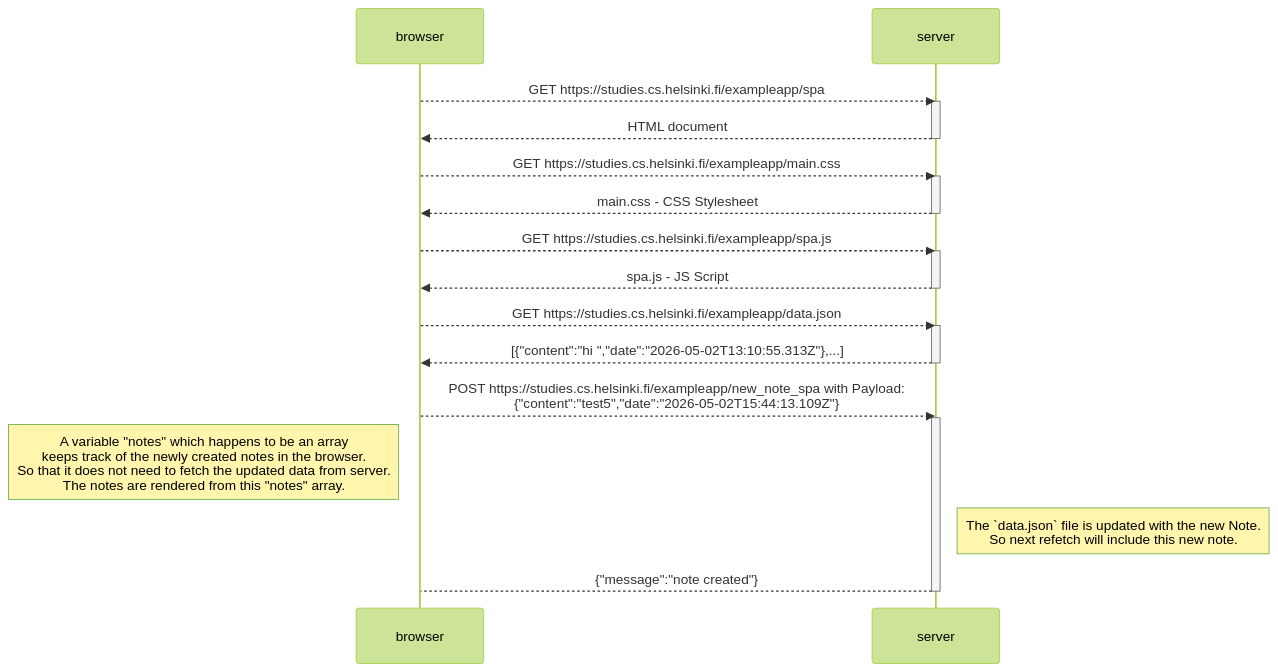
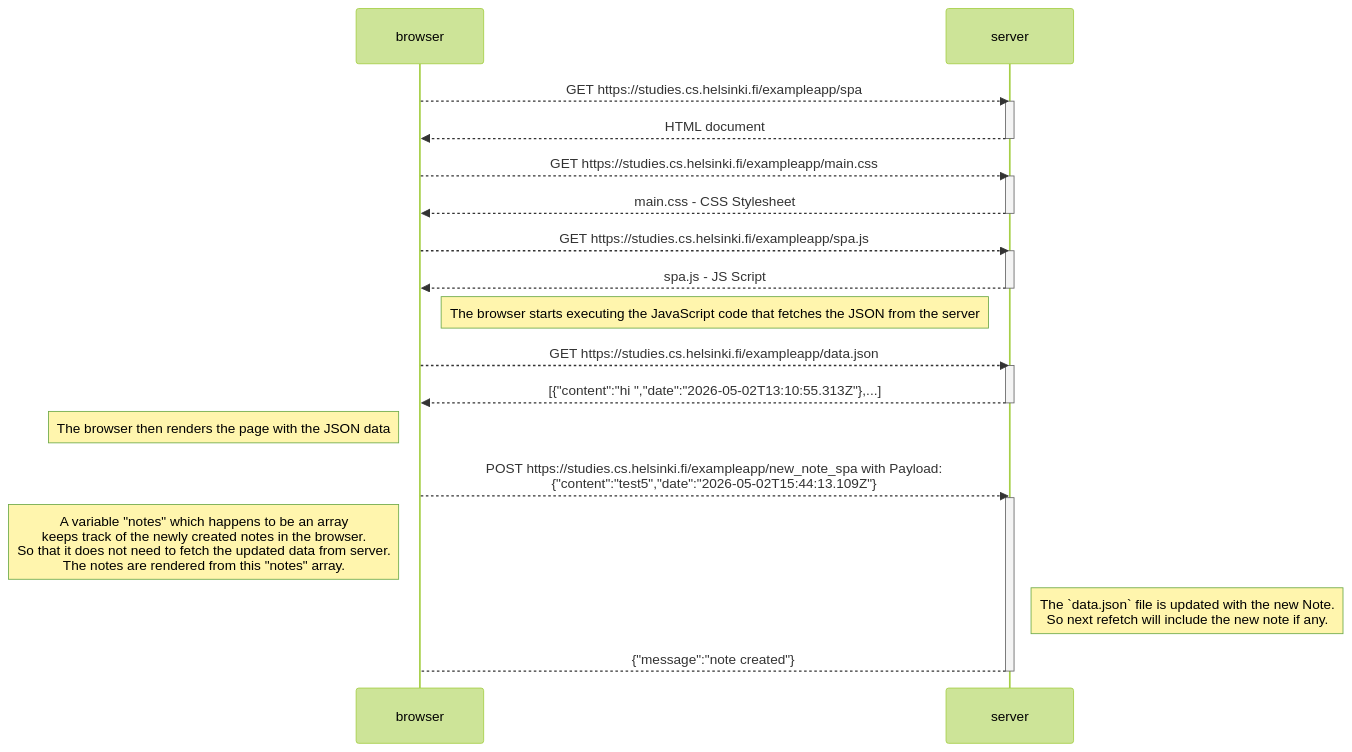
One commit to jallepalli-harsh/fs-opencourse changed the diagram in part-0/0.6-spa-new-note-diagram.md. Above: the diagram before and after it, drawn with Mermaid (forest theme). The commit also changed 1 other file, not shown here.

Commit message:
adds better notes in the mermaid diagram

````diff
--- a/part-0/0.6-spa-new-note-diagram.md
+++ b/part-0/0.6-spa-new-note-diagram.md
@@ -3,34 +3,38 @@
 ```mermaid
 sequenceDiagram
     participant browser
     participant server
 
     browser-->>server: GET https://studies.cs.helsinki.fi/exampleapp/spa
     activate server
     server-->>browser: HTML document
     deactivate server
 
     browser-->>server: GET https://studies.cs.helsinki.fi/exampleapp/main.css
     activate server
     server-->>browser: main.css - CSS Stylesheet
     deactivate server
 
     browser-->>server: GET https://studies.cs.helsinki.fi/exampleapp/spa.js
     activate server
     server-->>browser: spa.js - JS Script
     deactivate server
+    
+    Note right of browser: The browser starts executing the JavaScript code that fetches the JSON from the server
 
     browser-->> server: GET https://studies.cs.helsinki.fi/exampleapp/data.json
     activate server
     server-->>browser: [{"content":"hi ","date":"2026-05-02T13:10:55.313Z"},...]
     deactivate server
+    
+    Note left of browser: The browser then renders the page with the JSON data
 
     browser-->>server: POST https://studies.cs.helsinki.fi/exampleapp/new_note_spa with Payload: <br/> {"content":"test5","date":"2026-05-02T15:44:13.109Z"}
     activate server
     
     Note left of browser: A variable "notes" which happens to be an array <br/>keeps track of the newly created notes in the browser. <br/>So that it does not need to fetch the updated data from server. <br/> The notes are rendered from this "notes" array.
-    Note right of server: The `data.json` file is updated with the new Note. <br/>So next refetch will include this new note.
+    Note right of server: The `data.json` file is updated with the new Note. <br/>So next refetch will include the new note if any.
 
     server-->browser: {"message":"note created"}
     deactivate server
 ```
````
